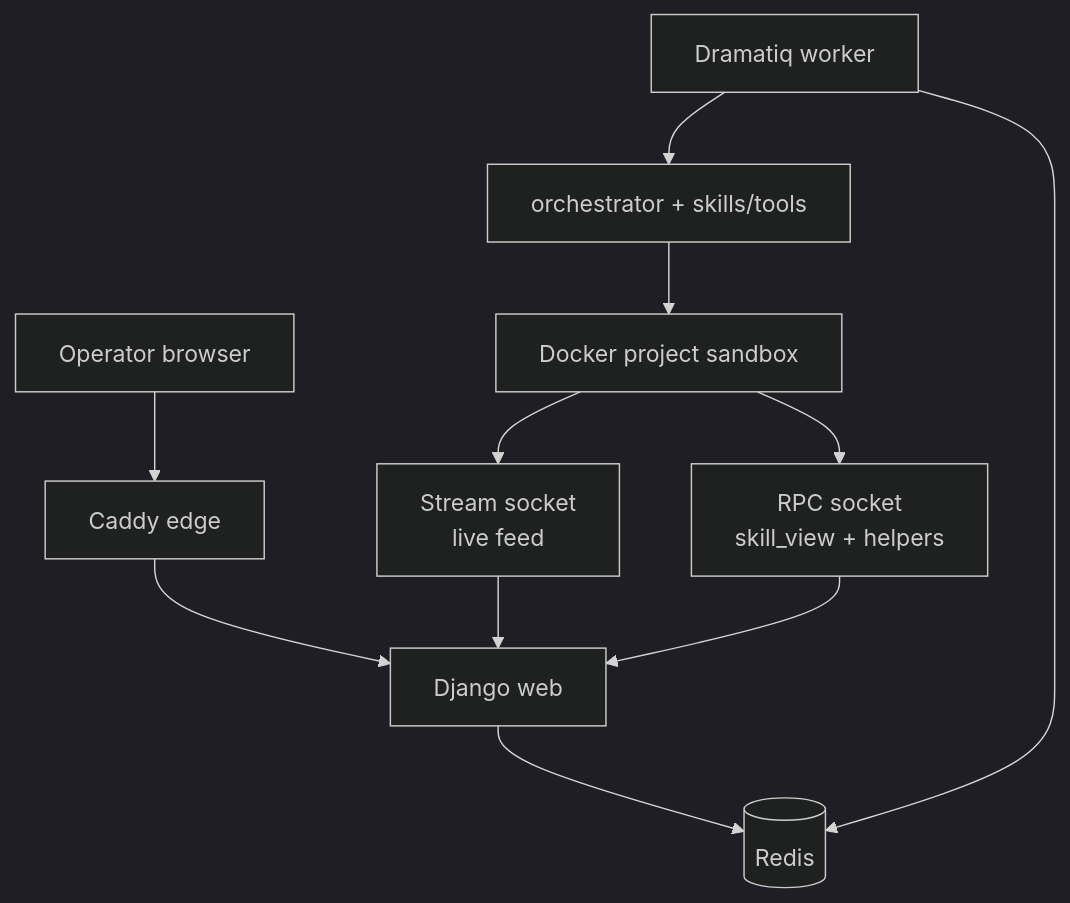
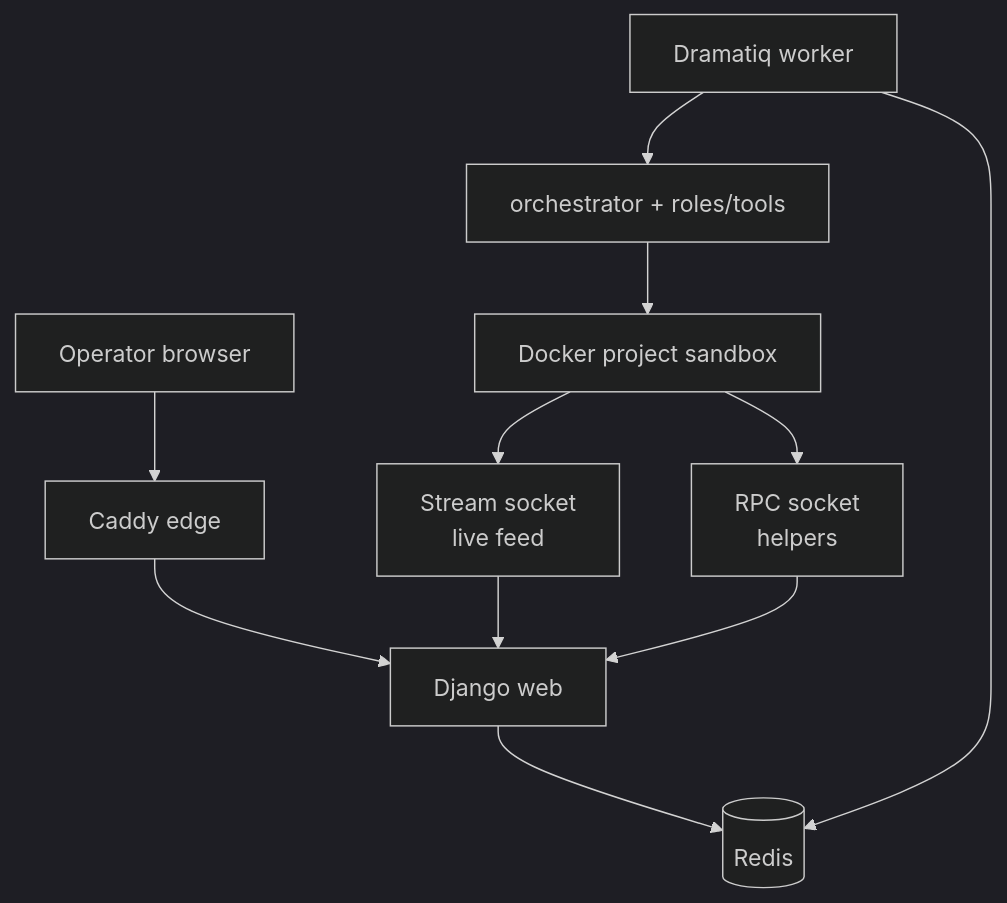
One commit to Salto7/Peon changed the diagram in README.md. Above: the diagram before and after it, drawn with Mermaid (dark theme). The commit also changed other lines of this file and 228 other files, not shown here.

````diff
--- a/README.md
+++ b/README.md
@@ -38,20 +38,20 @@
 ```mermaid
 flowchart TD
   browser["Operator browser"]
   edge["Caddy edge"]
   web["Django web"]
   redis[("Redis")]
   worker["Dramatiq worker"]
-  orch["orchestrator + skills/tools"]
+  orch["orchestrator + roles/tools"]
   sbx["Docker project sandbox"]
   stream["Stream socket<br/>live feed"]
-  rpc["RPC socket<br/>skill_view + helpers"]
+  rpc["RPC socket<br/>helpers"]
 
   browser --> edge --> web
   web --> redis
   worker --> redis
   worker --> orch
   orch --> sbx
   sbx --> stream --> web
   sbx --> rpc --> web
 ```
````
